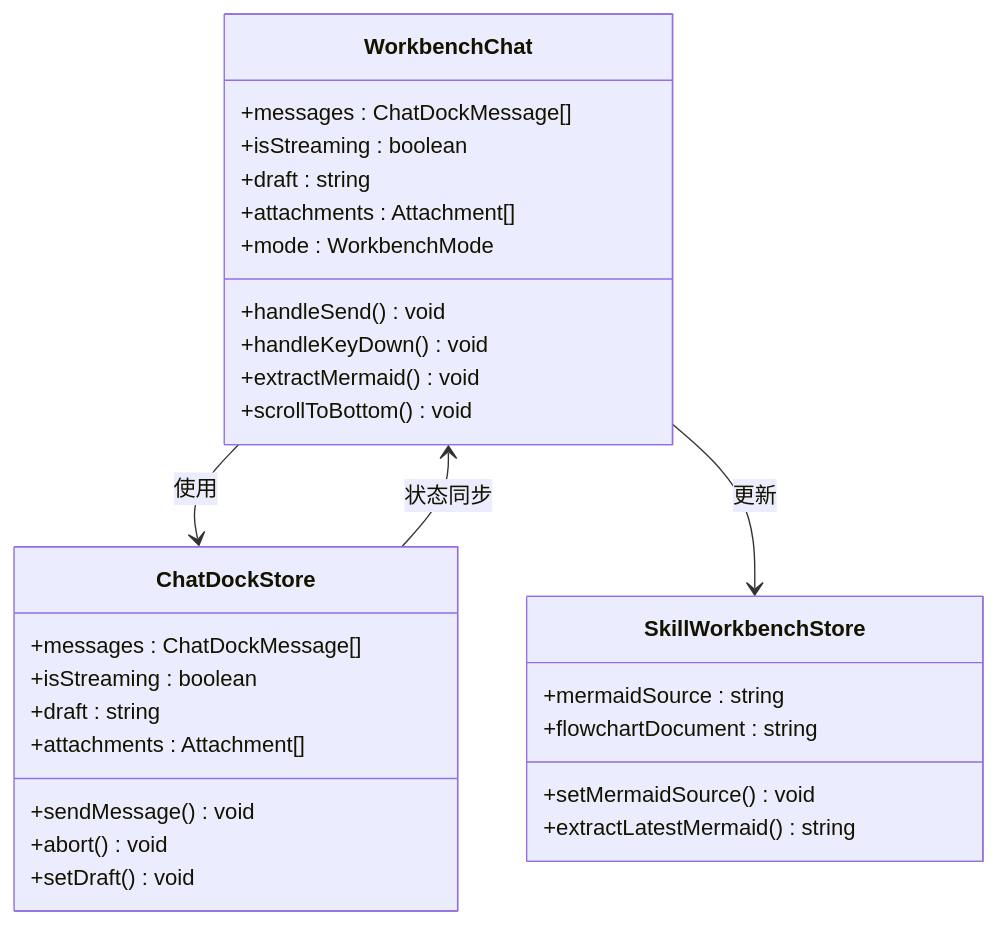
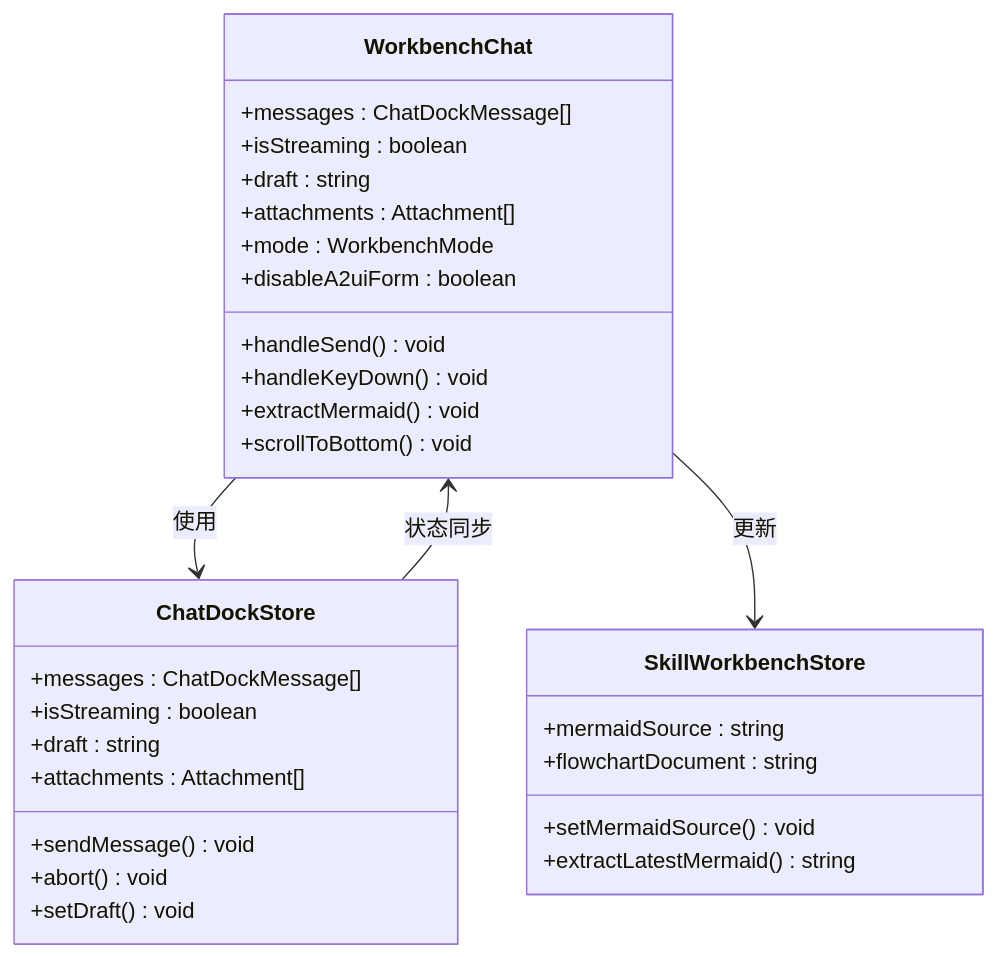
One commit to WW-AI-Lab/openclaw-office changed the sixth of 11 diagrams in .qoder/repowiki/zh/content/开发者指南/技能工作台使用指南.md. Above: the diagram before and after it, drawn with Mermaid. The commit also changed other lines of this file and 14 other files, not shown here.

````diff
--- a/.qoder/repowiki/zh/content/开发者指南/技能工作台使用指南.md
+++ b/.qoder/repowiki/zh/content/开发者指南/技能工作台使用指南.md
@@ -232,32 +260,33 @@
 ```mermaid
 classDiagram
 class WorkbenchChat {
 +messages : ChatDockMessage[]
 +isStreaming : boolean
 +draft : string
 +attachments : Attachment[]
 +mode : WorkbenchMode
 +handleSend() void
 +handleKeyDown() void
 +extractMermaid() void
 +scrollToBottom() void
++disableA2uiForm : boolean
 }
 class ChatDockStore {
 +messages : ChatDockMessage[]
 +isStreaming : boolean
 +draft : string
 +attachments : Attachment[]
 +sendMessage() void
 +abort() void
 +setDraft() void
 }
 class SkillWorkbenchStore {
 +mermaidSource : string
 +flowchartDocument : string
 +setMermaidSource() void
 +extractLatestMermaid() string
 }
 WorkbenchChat --> ChatDockStore : 使用
 WorkbenchChat --> SkillWorkbenchStore : 更新
 ChatDockStore --> WorkbenchChat : 状态同步
 ```
````
